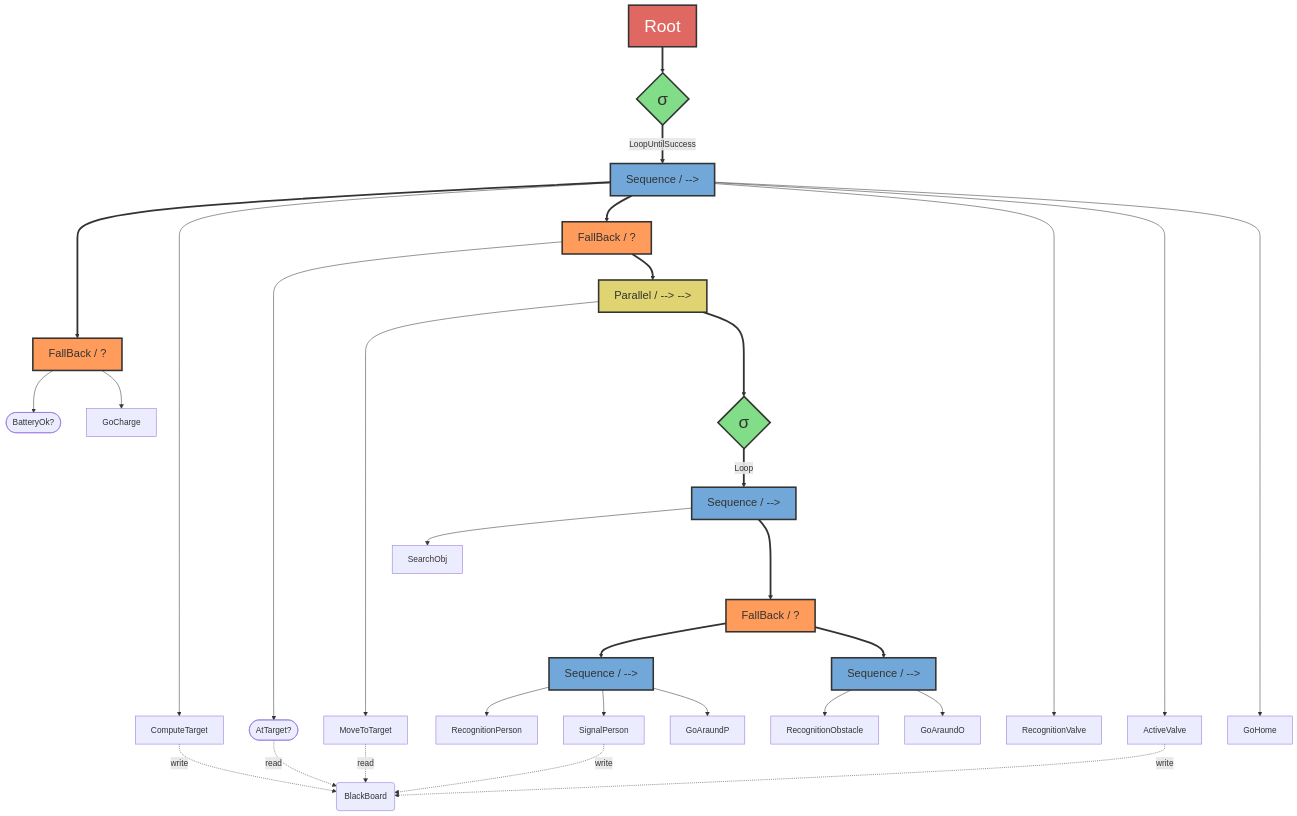
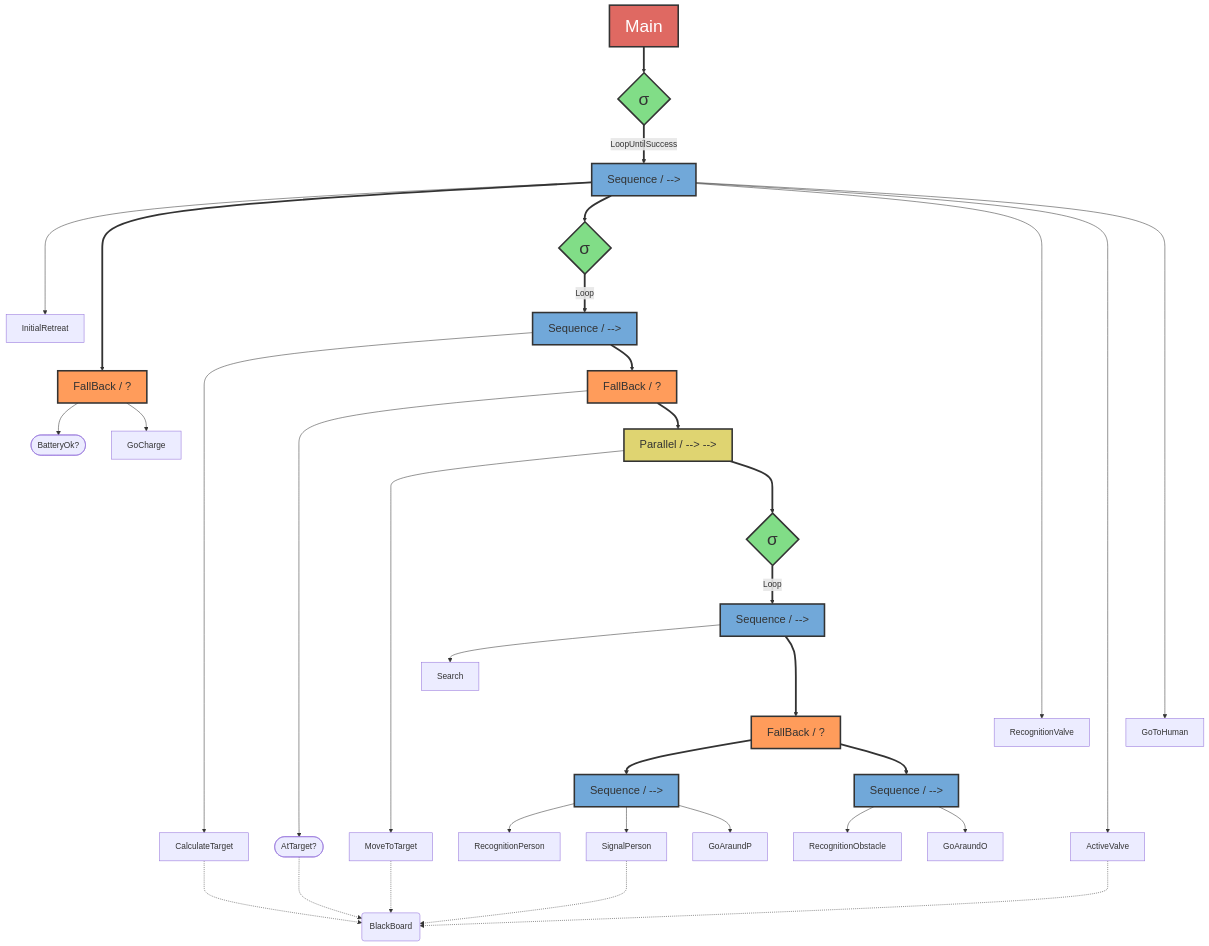
Before and after one commit to Samu-Cast/Robotica_25: the diagram in documentation/BTree/bTree.md, drawn with Mermaid. The commit also changed 4 other files, not shown here.

````diff
--- a/documentation/BTree/bTree.md
+++ b/documentation/BTree/bTree.md
@@ -1,61 +1,68 @@
 ```mermaid
 
 
+
 flowchart TD
-    Root[Root] ==> Decorator0{σ}
+    Root[Main] ==> Decorator0{σ}
     Decorator0 ==LoopUntilSuccess==> Sequence0
+    Sequence0 ---> InitialRetreat[InitialRetreat]
     Sequence0[Sequence / -->] ====> FallBack0[FallBack / ?]
     FallBack0 --> ConditionBatt([BatteryOk?])
     FallBack0 --> ActionBatt[GoCharge]
 
-    Sequence0 --> ComputeTarget[ComputeTarget]
-    ComputeTarget -.write.-> BlackBoard(BlackBoard)
-    Sequence0 ==> FallBack1[FallBack / ?]
+    Sequence0 ==> Decorator2{σ}
+    Decorator2 ==Loop==> Sequence4[Sequence / -->]
+    Sequence4 --> CalculateTarget[CalculateTarget]
+    CalculateTarget -..-> BlackBoard(BlackBoard)
+    Sequence4 ==> FallBack1[FallBack / ?]
     FallBack1 --> InPosizione([AtTarget?])
-    InPosizione -.read.-> BlackBoard
+    InPosizione -..-> BlackBoard
     FallBack1 ==> Parallel0[Parallel / --> -->]
     Parallel0 --> RaggiungiTarget[MoveToTarget]
-    RaggiungiTarget -.read.-> BlackBoard
+    RaggiungiTarget -..-> BlackBoard
     Parallel0 ===> Decorator1{σ}
     Decorator1 ==Loop==> Sequence1[Sequence / -->]
-    Sequence1 --> SearchObj[SearchObj]
+    Sequence1 --> Search[Search]
     Sequence1 ===> FallBack2[FallBack / ?]
     FallBack2 ==>Sequence2[Sequence / -->]
     FallBack2 ==>Sequence3[Sequence / -->]
     Sequence2 --> RecognitionAction[RecognitionPerson]
     Sequence2 --> SignalAction[SignalPerson]
-    SignalAction -.write.-> BlackBoard
+    SignalAction -..-> BlackBoard
     Sequence2 --> GoAraund[GoAraundP]
     Sequence3 --> RecognitionAction2[RecognitionObstacle]
     Sequence3 --> GoAraund2[GoAraundO]
 
      
     Sequence0 ----------> RecognitionAction3[RecognitionValve]
     Sequence0 ------> ActiveValve[ActiveValve]
-    Sequence0 ----------> GoHome[GoHome]
-    ActiveValve -.write.-> BlackBoard
+    Sequence0 ----------> GoToHuman[GoToHuman]
+    ActiveValve -..-> BlackBoard
     
     
     
     
 
 
 style Root fill:#DF6962,stroke:#333,stroke-width:3px, font-size:25pt, color:#fff;
 
 
 
 style Decorator0  fill:#81DD87,stroke:#333,stroke-width:3px, font-size:25pt;
 style Decorator1  fill:#81DD87,stroke:#333,stroke-width:3px, font-size:25pt;
+style Decorator2  fill:#81DD87,stroke:#333,stroke-width:3px, font-size:25pt;
+
 style Parallel0  fill:#DFD471,stroke:#333,stroke-width:3px, font-size:16pt;
 style Sequence0  fill:#71A8D9,stroke:#333,stroke-width:3px, font-size:16pt;
 style Sequence1  fill:#71A8D9,stroke:#333,stroke-width:3px, font-size:16pt;
 style Sequence2  fill:#71A8D9,stroke:#333,stroke-width:3px, font-size:16pt;
 style Sequence3  fill:#71A8D9,stroke:#333,stroke-width:3px, font-size:16pt;
+style Sequence4  fill:#71A8D9,stroke:#333,stroke-width:3px, font-size:16pt;
+
 
 style FallBack0 fill:#FF9C5B,stroke:#333,stroke-width:3px, font-size:16pt;
 style FallBack1 fill:#FF9C5B,stroke:#333,stroke-width:3px, font-size:16pt;
 style FallBack2 fill:#FF9C5B,stroke:#333,stroke-width:3px, font-size:16pt;
 
 
-
 ```
````
